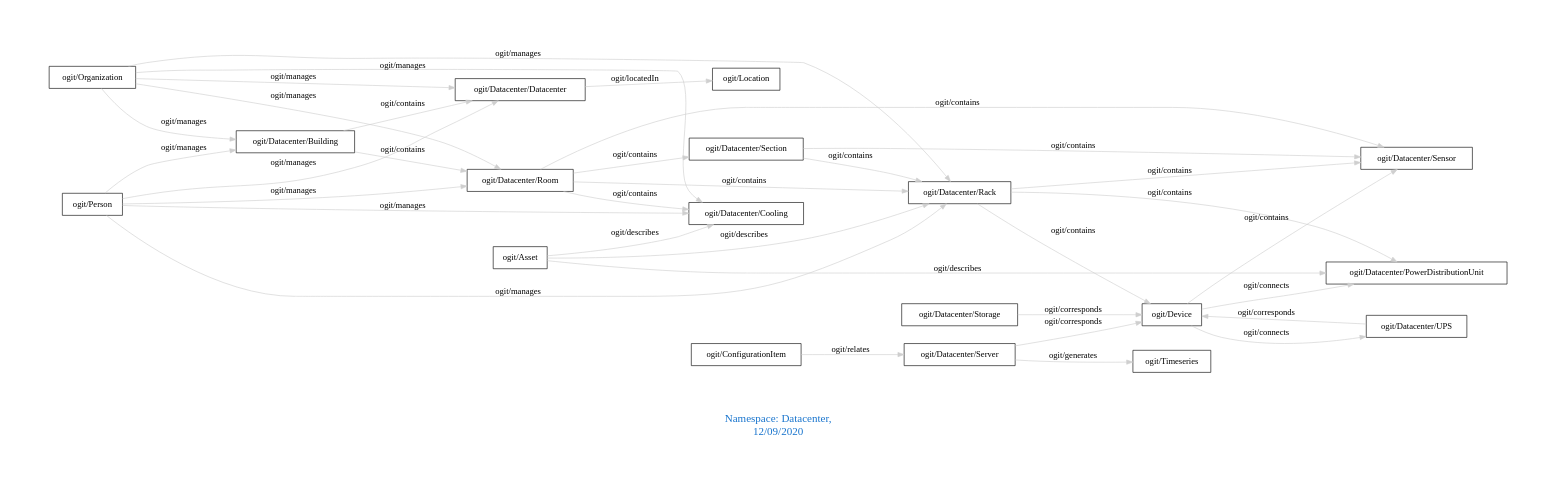
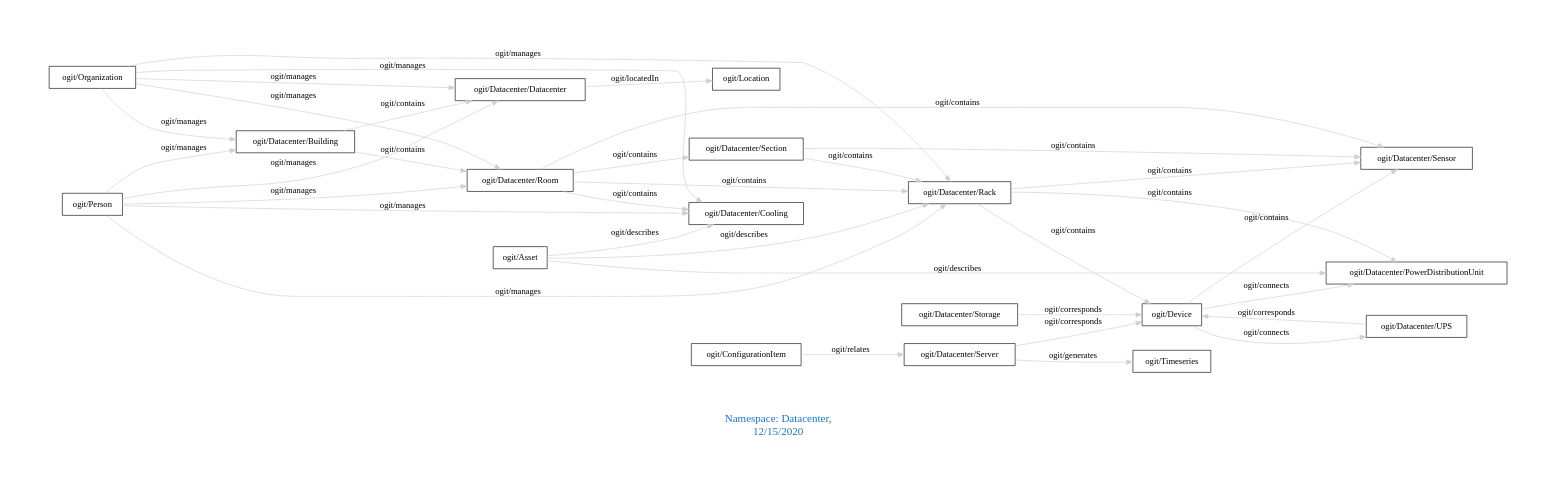
One commit to arago/OGIT changed the diagram in downloads/Datacenter.dot. Above: the diagram before and after it, drawn with Graphviz. The commit also changed 1860 other files, not shown here.

```diff
--- a/downloads/Datacenter.dot
+++ b/downloads/Datacenter.dot
@@ -1,41 +1,41 @@
 digraph OGIT_ontology {
  graph [ rankdir= LR,pad=1 
 fontsize = 18,
-fontcolor= dodgerblue3,label = "\n\n\nNamespace: Datacenter, \n 12/09/2020"];
+fontcolor= dodgerblue3,label = "\n\n\nNamespace: Datacenter, \n 12/15/2020"];
 node[shape=polygon];
 edge [  color="gray81"];
 
    "ogit/Datacenter/Building" -> "ogit/Datacenter/Datacenter" [label="   ogit/contains    "];
    "ogit/Datacenter/Building" -> "ogit/Datacenter/Room" [label="   ogit/contains    "];
    "ogit/Datacenter/Rack" -> "ogit/Datacenter/Sensor" [label="   ogit/contains    "];
    "ogit/Datacenter/Rack" -> "ogit/Datacenter/PowerDistributionUnit" [label="   ogit/contains    "];
    "ogit/Datacenter/Rack" -> "ogit/Device" [label="   ogit/contains    "];
    "ogit/Datacenter/Room" -> "ogit/Datacenter/Rack" [label="   ogit/contains    "];
    "ogit/Datacenter/Room" -> "ogit/Datacenter/Cooling" [label="   ogit/contains    "];
    "ogit/Datacenter/Room" -> "ogit/Datacenter/Sensor" [label="   ogit/contains    "];
    "ogit/Datacenter/Room" -> "ogit/Datacenter/Section" [label="   ogit/contains    "];
    "ogit/Datacenter/Section" -> "ogit/Datacenter/Sensor" [label="   ogit/contains    "];
    "ogit/Datacenter/Section" -> "ogit/Datacenter/Rack" [label="   ogit/contains    "];
    "ogit/Device" -> "ogit/Datacenter/Sensor" [label="   ogit/contains    "];
    "ogit/Organization" -> "ogit/Datacenter/Room" [label="   ogit/manages    "];
    "ogit/Organization" -> "ogit/Datacenter/Rack" [label="   ogit/manages    "];
    "ogit/Organization" -> "ogit/Datacenter/Datacenter" [label="   ogit/manages    "];
    "ogit/Organization" -> "ogit/Datacenter/Cooling" [label="   ogit/manages    "];
    "ogit/Organization" -> "ogit/Datacenter/Building" [label="   ogit/manages    "];
    "ogit/Person" -> "ogit/Datacenter/Room" [label="   ogit/manages    "];
    "ogit/Person" -> "ogit/Datacenter/Rack" [label="   ogit/manages    "];
    "ogit/Person" -> "ogit/Datacenter/Datacenter" [label="   ogit/manages    "];
    "ogit/Person" -> "ogit/Datacenter/Cooling" [label="   ogit/manages    "];
    "ogit/Person" -> "ogit/Datacenter/Building" [label="   ogit/manages    "];
    "ogit/Datacenter/Server" -> "ogit/Timeseries" [label="   ogit/generates    "];
    "ogit/Asset" -> "ogit/Datacenter/Rack" [label="   ogit/describes    "];
    "ogit/Asset" -> "ogit/Datacenter/PowerDistributionUnit" [label="   ogit/describes    "];
    "ogit/Asset" -> "ogit/Datacenter/Cooling" [label="   ogit/describes    "];
    "ogit/Device" -> "ogit/Datacenter/PowerDistributionUnit" [label="   ogit/connects    "];
    "ogit/Device" -> "ogit/Datacenter/UPS" [label="   ogit/connects    "];
    "ogit/Datacenter/Datacenter" -> "ogit/Location" [label="   ogit/locatedIn    "];
    "ogit/Datacenter/Server" -> "ogit/Device" [label="   ogit/corresponds    "];
    "ogit/Datacenter/Storage" -> "ogit/Device" [label="   ogit/corresponds    "];
    "ogit/Datacenter/UPS" -> "ogit/Device" [label="   ogit/corresponds    "];
    "ogit/ConfigurationItem" -> "ogit/Datacenter/Server" [label="   ogit/relates    "];
 }
```
